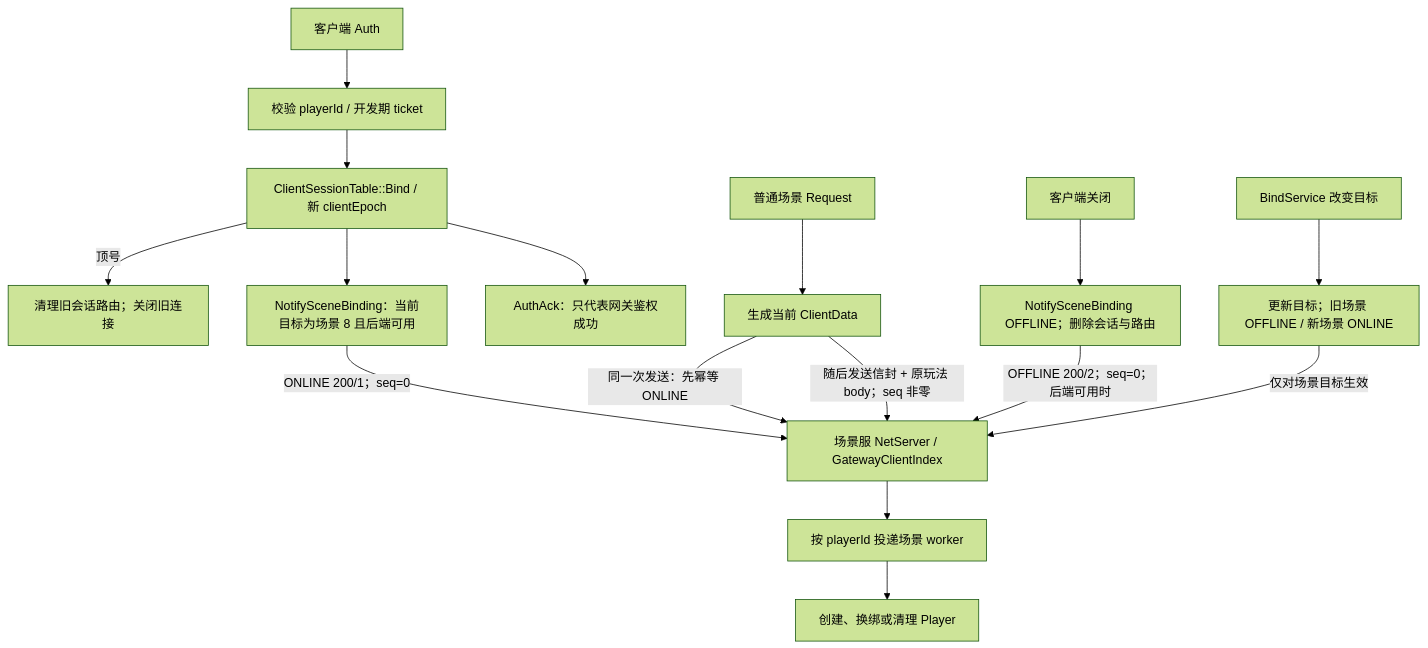
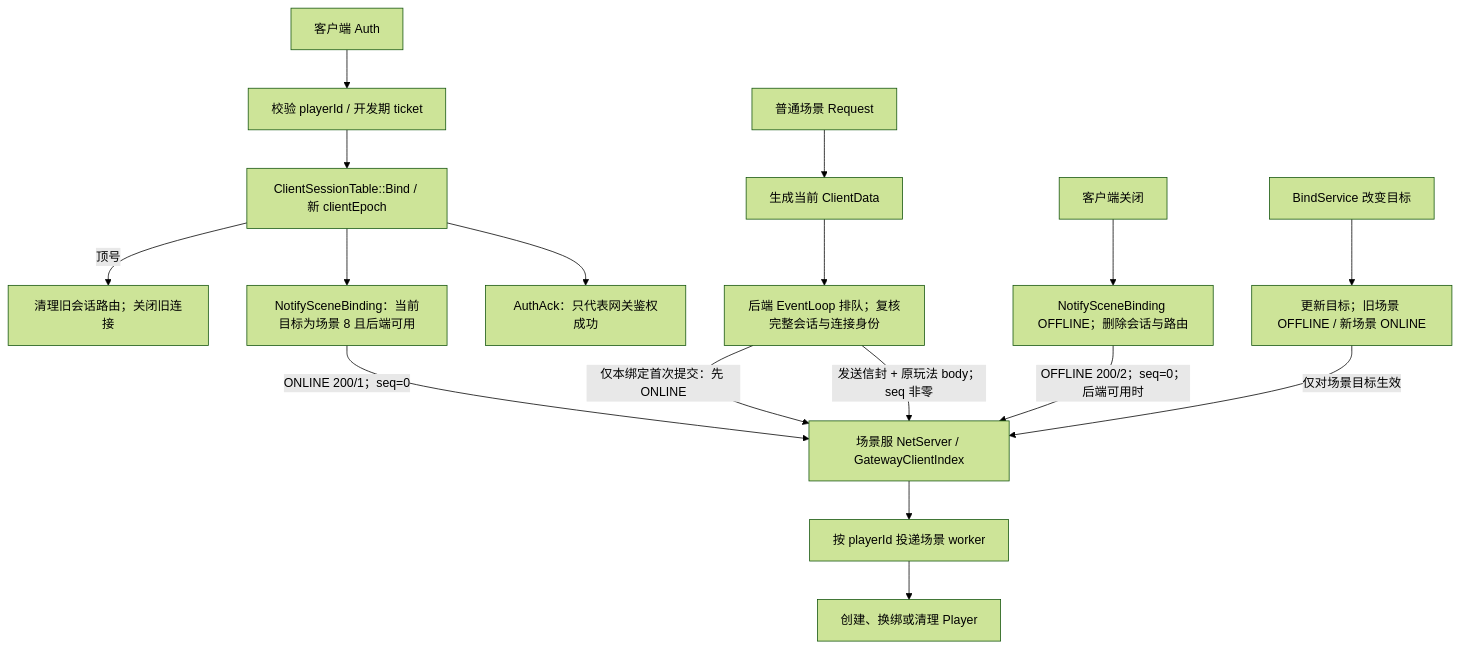
The sixth of 6 diagrams in Zone/gatewayServer/README.md (MuQingCi/MMORPG-GameServer), drawn with Mermaid (forest theme) before and after one commit. The commit also changed other lines of this file and 22 other files, not shown here.

````diff
--- a/Zone/gatewayServer/README.md
+++ b/Zone/gatewayServer/README.md
@@ -226,18 +228,19 @@
 ```mermaid
 flowchart TD
     A[客户端 Auth] --> V[校验 playerId / 开发期 ticket]
     V --> S[ClientSessionTable::Bind / 新 clientEpoch]
     S -->|顶号| K[清理旧会话路由；关闭旧连接]
     S --> N[NotifySceneBinding：当前目标为场景 8 且后端可用]
     N -->|ONLINE 200/1；seq=0| B[场景服 NetServer / GatewayClientIndex]
     S --> ACK[AuthAck：只代表网关鉴权成功]
     R[普通场景 Request] --> P[生成当前 ClientData]
-    P -->|同一次发送：先幂等 ONLINE| B
-    P -->|随后发送信封 + 原玩法 body；seq 非零| B
+    P --> T[后端 EventLoop 排队；复核完整会话与连接身份]
+    T -->|仅本绑定首次提交：先 ONLINE| B
+    T -->|发送信封 + 原玩法 body；seq 非零| B
     C[客户端关闭] --> O[NotifySceneBinding OFFLINE；删除会话与路由]
     O -->|OFFLINE 200/2；seq=0；后端可用时| B
     D[BindService 改变目标] --> E[更新目标；旧场景 OFFLINE / 新场景 ONLINE]
     E -->|仅对场景目标生效| B
     B --> Q[按 playerId 投递场景 worker]
     Q --> L[创建、换绑或清理 Player]
 ```
````
